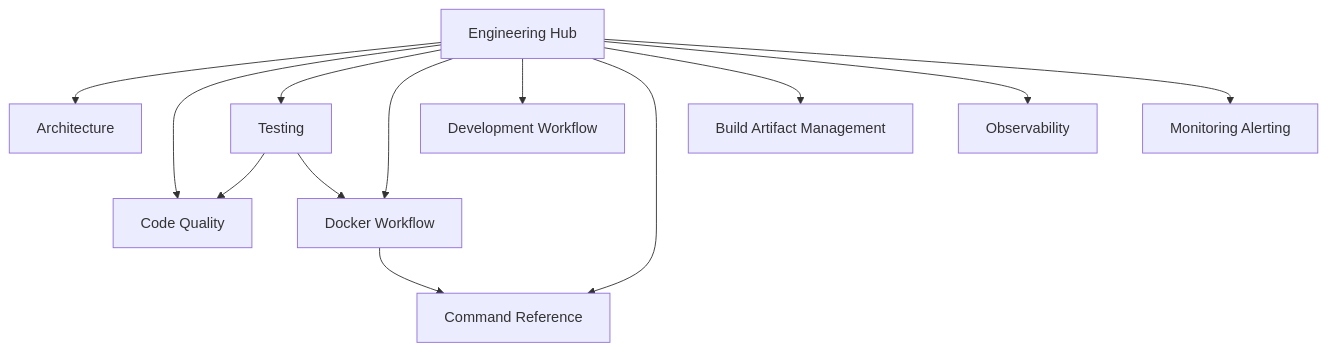
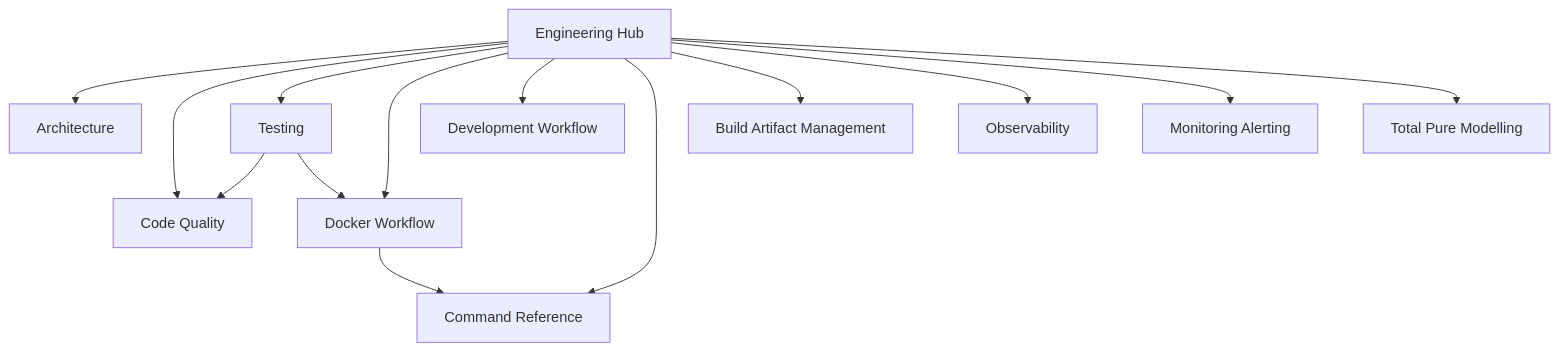
The diagram in documents/engineering/README.md (Tuee22/SpectralMC), drawn with Mermaid before and after one commit. The commit also changed other lines of this file and 18 other files, not shown here.

````diff
--- a/documents/engineering/README.md
+++ b/documents/engineering/README.md
@@ -13,26 +13,28 @@
 ```mermaid
 flowchart TB
   Hub[Engineering Hub]
   Arch[Architecture]
   CQ[Code Quality]
   Test[Testing]
   Docker[Docker Workflow]
   Dev[Development Workflow]
   Cmds[Command Reference]
   Artifacts[Build Artifact Management]
   Observability[Observability]
   Monitoring[Monitoring Alerting]
+  TPM[Total Pure Modelling]
 
   Hub --> Arch
   Hub --> CQ
   Hub --> Test
   Hub --> Docker
   Hub --> Dev
   Hub --> Cmds
   Hub --> Artifacts
   Hub --> Observability
   Hub --> Monitoring
+  Hub --> TPM
   Docker --> Cmds
   Test --> CQ
   Test --> Docker
 ```
````
